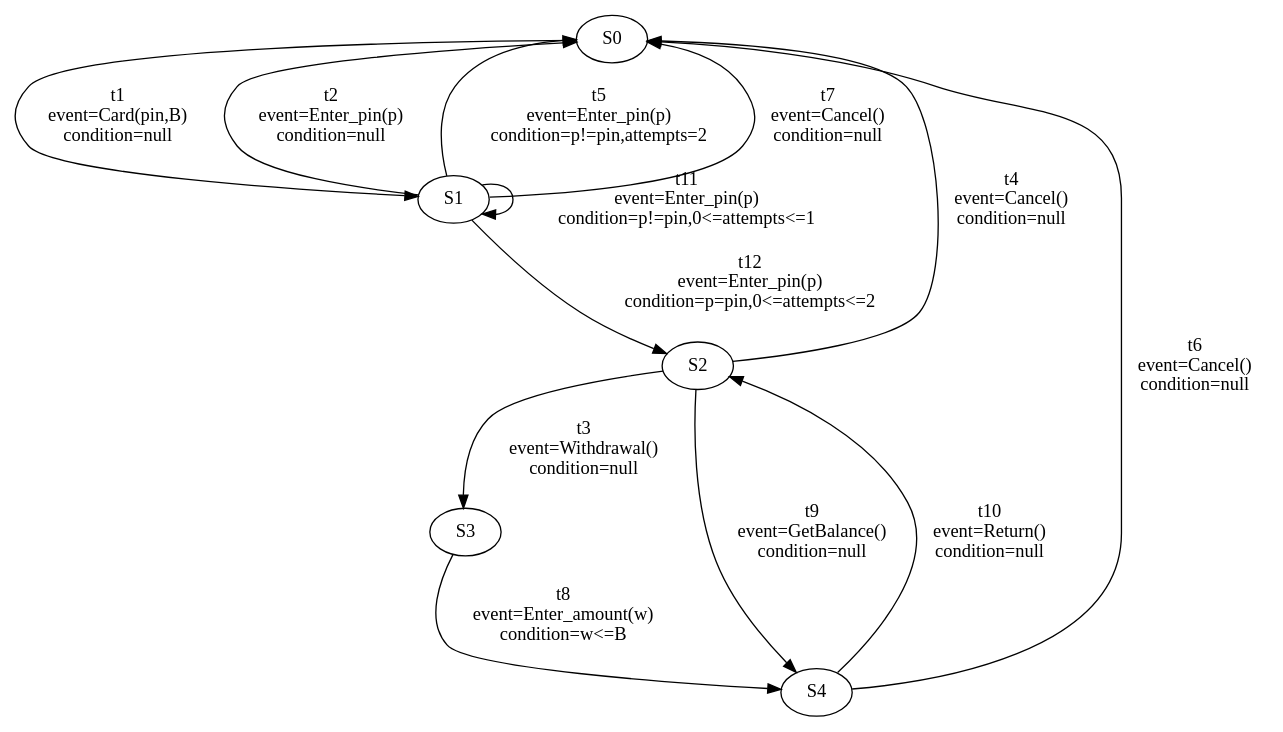
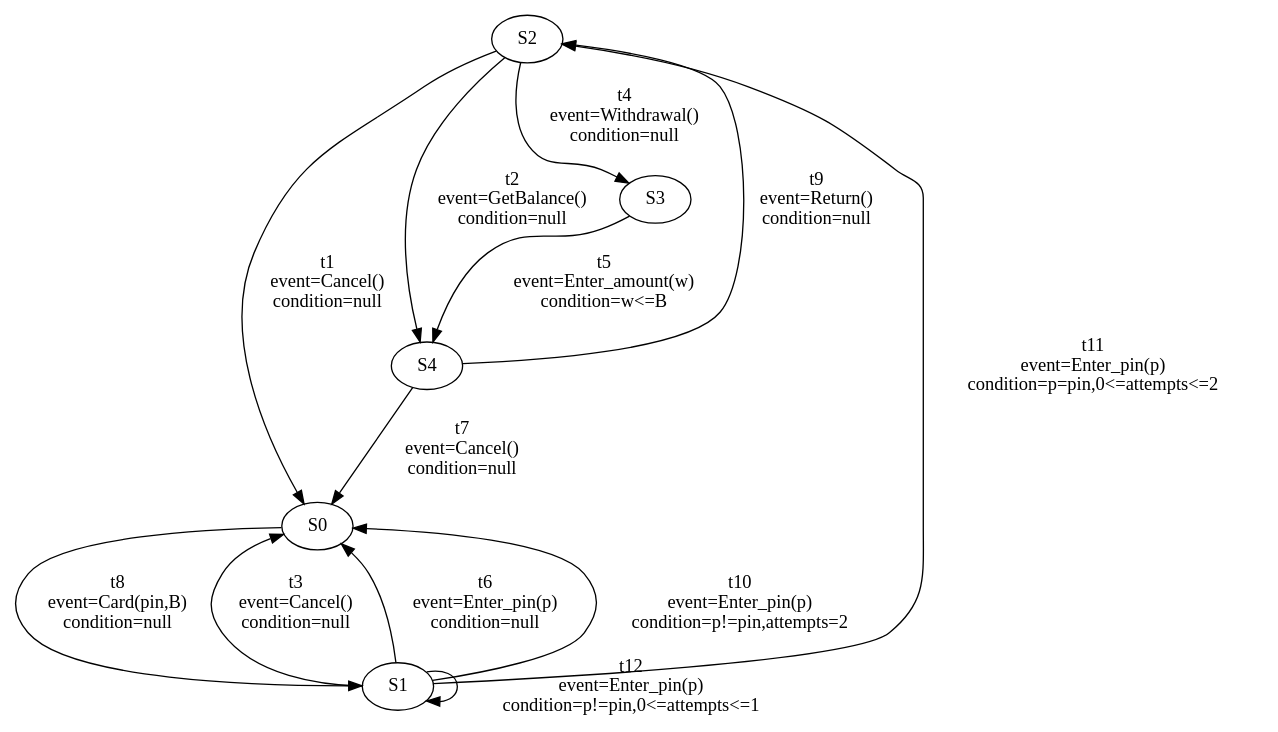
One commit to Catxiaobai/project changed the diagram in file/result1.dot. Above: the diagram before and after it, drawn with Graphviz. The commit also changed 34 other files, not shown here.

```diff
--- a/file/result1.dot
+++ b/file/result1.dot
@@ -1,38 +1,38 @@
 digraph g {
- S0 -> S1 [ label="t1
+ S2 -> S0 [ label="t1
+event=Cancel()
+condition=null" ];
+ S2 -> S4 [ label="t2
+event=GetBalance()
+condition=null" ];
+ S1 -> S0 [ label="t3
+event=Cancel()
+condition=null" ];
+ S2 -> S3 [ label="t4
+event=Withdrawal()
+condition=null" ];
+ S3 -> S4 [ label="t5
+event=Enter_amount(w)
+condition=w<=B" ];
+ S1 -> S0 [ label="t6
+event=Enter_pin(p)
+condition=null" ];
+ S4 -> S0 [ label="t7
+event=Cancel()
+condition=null" ];
+ S0 -> S1 [ label="t8
 event=Card(pin,B)
 condition=null" ];
- S1 -> S0 [ label="t2
-event=Enter_pin(p)
+ S4 -> S2 [ label="t9
+event=Return()
 condition=null" ];
- S2 -> S3 [ label="t3
-event=Withdrawal()
-condition=null" ];
- S2 -> S0 [ label="t4
-event=Cancel()
-condition=null" ];
- S1 -> S0 [ label="t5
+ S1 -> S0 [ label="t10
 event=Enter_pin(p)
 condition=p!=pin,attempts=2" ];
- S4 -> S0 [ label="t6
-event=Cancel()
-condition=null" ];
- S1 -> S0 [ label="t7
-event=Cancel()
-condition=null" ];
- S3 -> S4 [ label="t8
-event=Enter_amount(w)
-condition=w<=B" ];
- S2 -> S4 [ label="t9
-event=GetBalance()
-condition=null" ];
- S4 -> S2 [ label="t10
-event=Return()
-condition=null" ];
- S1 -> S1 [ label="t11
+ S1 -> S2 [ label="t11
+event=Enter_pin(p)
+condition=p=pin,0<=attempts<=2" ];
+ S1 -> S1 [ label="t12
 event=Enter_pin(p)
 condition=p!=pin,0<=attempts<=1" ];
- S1 -> S2 [ label="t12
-event=Enter_pin(p)
-condition=p=pin,0<=attempts<=2" ];
 }
```
